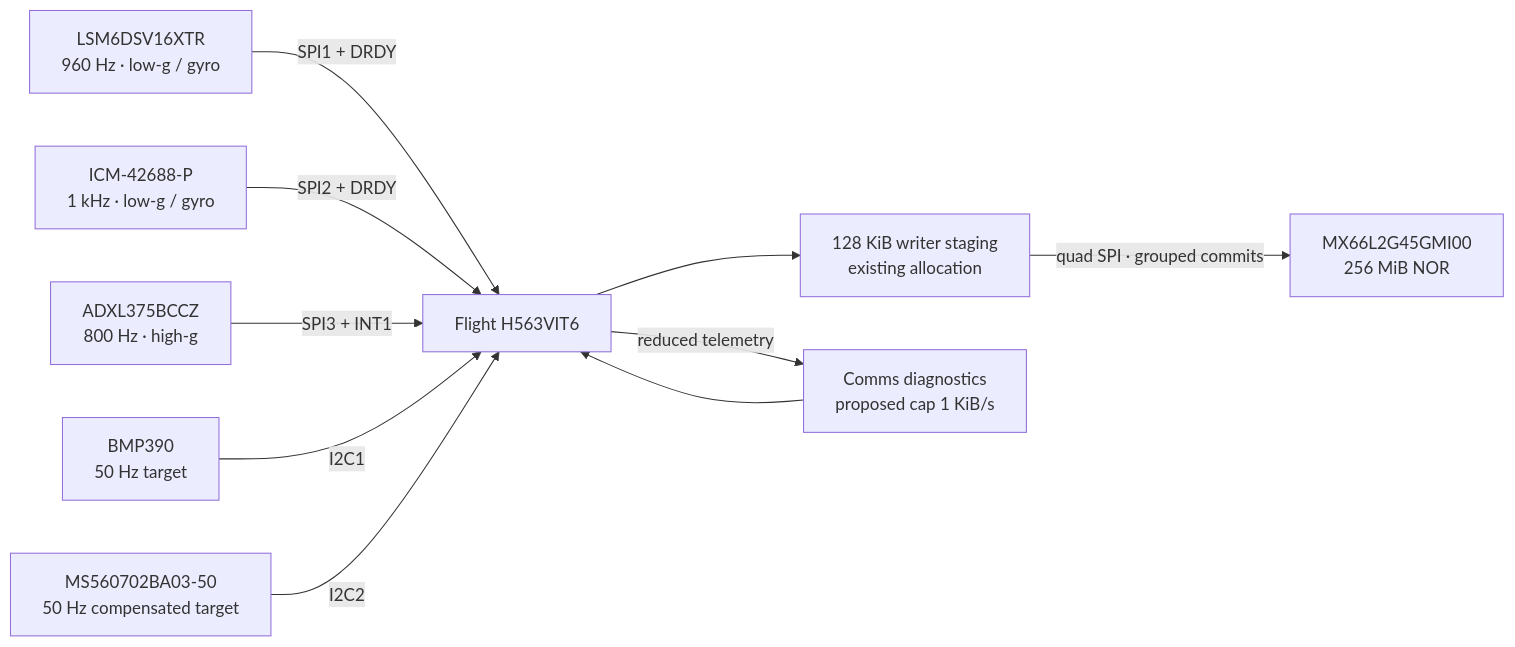
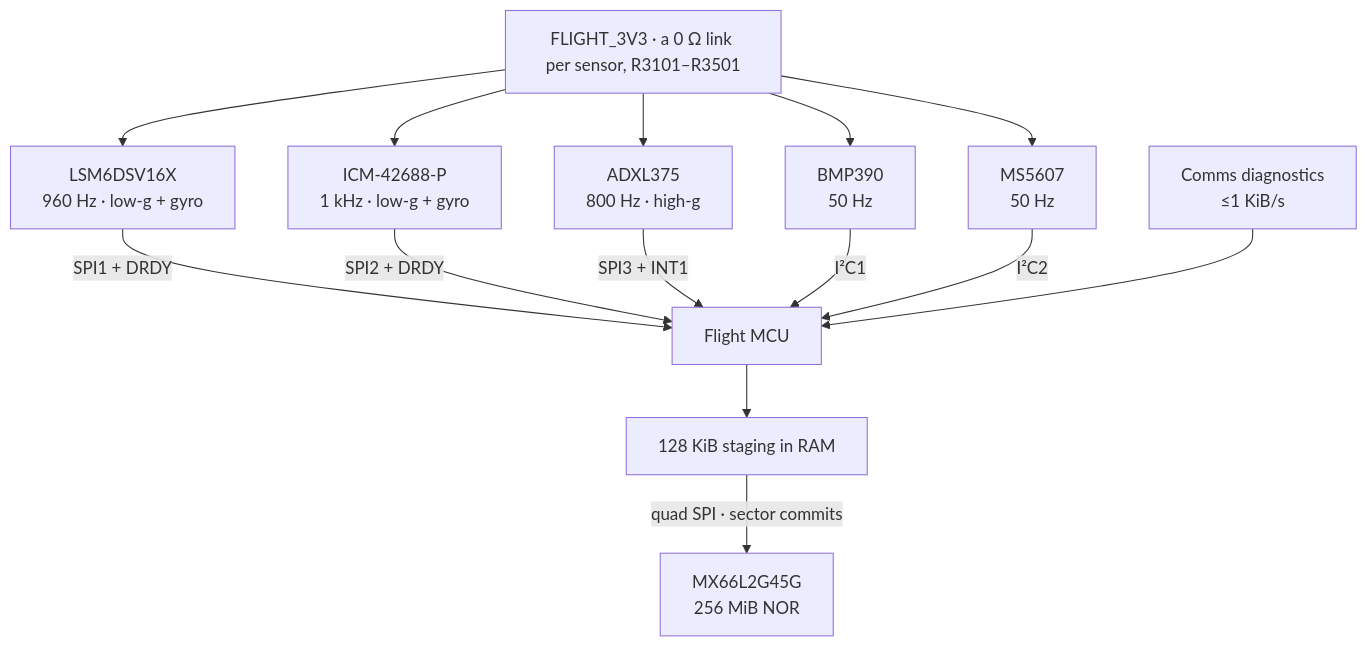
The diagram in docs/architecture/07-sensors-logging.md (ULAS-HiPR/Ogma2), drawn with Mermaid before and after one commit. The commit also changed other lines of this file and 25 other files, not shown here.

````diff
--- a/docs/architecture/07-sensors-logging.md
+++ b/docs/architecture/07-sensors-logging.md
@@ -14,20 +7,19 @@
 ```mermaid
-flowchart LR
-  ST["LSM6DSV16XTR
-960 Hz · low-g / gyro"] -->|"SPI1 + DRDY"| F["Flight H563VIT6"]
+flowchart TB
+  P["FLIGHT_3V3 · a 0 Ω link per sensor, R3101–R3501"] --> ST & TD & HG & BP & TE
+  ST["LSM6DSV16X
+960 Hz · low-g + gyro"] -->|"SPI1 + DRDY"| F["Flight MCU"]
   TD["ICM-42688-P
-1 kHz · low-g / gyro"] -->|"SPI2 + DRDY"| F
-  HG["ADXL375BCCZ
+1 kHz · low-g + gyro"] -->|"SPI2 + DRDY"| F
+  HG["ADXL375
 800 Hz · high-g"] -->|"SPI3 + INT1"| F
   BP["BMP390
-50 Hz target"] -->|"I2C1"| F
-  TE["MS560702BA03-50
-50 Hz compensated target"] -->|"I2C2"| F
-  F --> Q["128 KiB writer staging
-existing allocation"]
-  Q -->|"quad SPI · grouped commits"| N["MX66L2G45GMI00
+50 Hz"] -->|"I²C1"| F
+  TE["MS5607
+50 Hz"] -->|"I²C2"| F
+  C["Comms diagnostics
+≤1 KiB/s"] --> F
+  F --> Q["128 KiB staging in RAM"]
+  Q -->|"quad SPI · sector commits"| N["MX66L2G45G
 256 MiB NOR"]
-  C["Comms diagnostics
-proposed cap 1 KiB/s"] --> F
-  F -->|"reduced telemetry"| C
 ```
````
